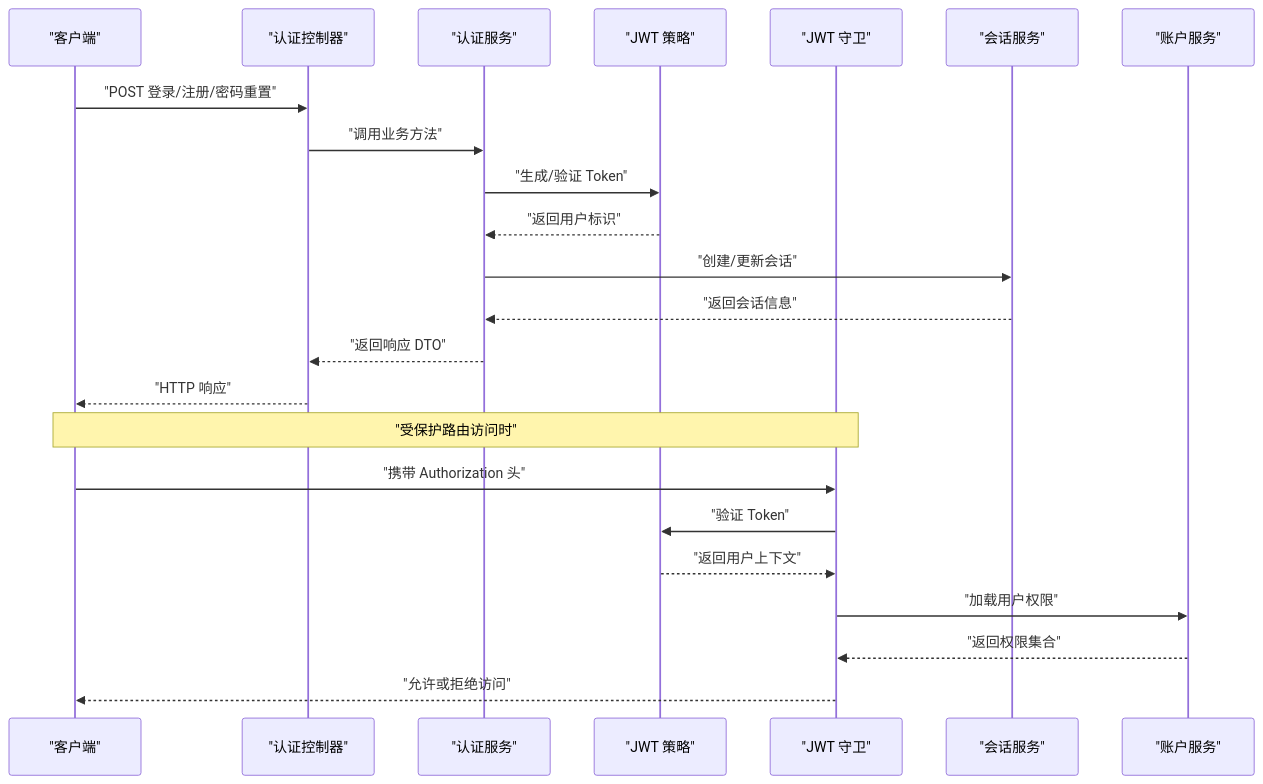
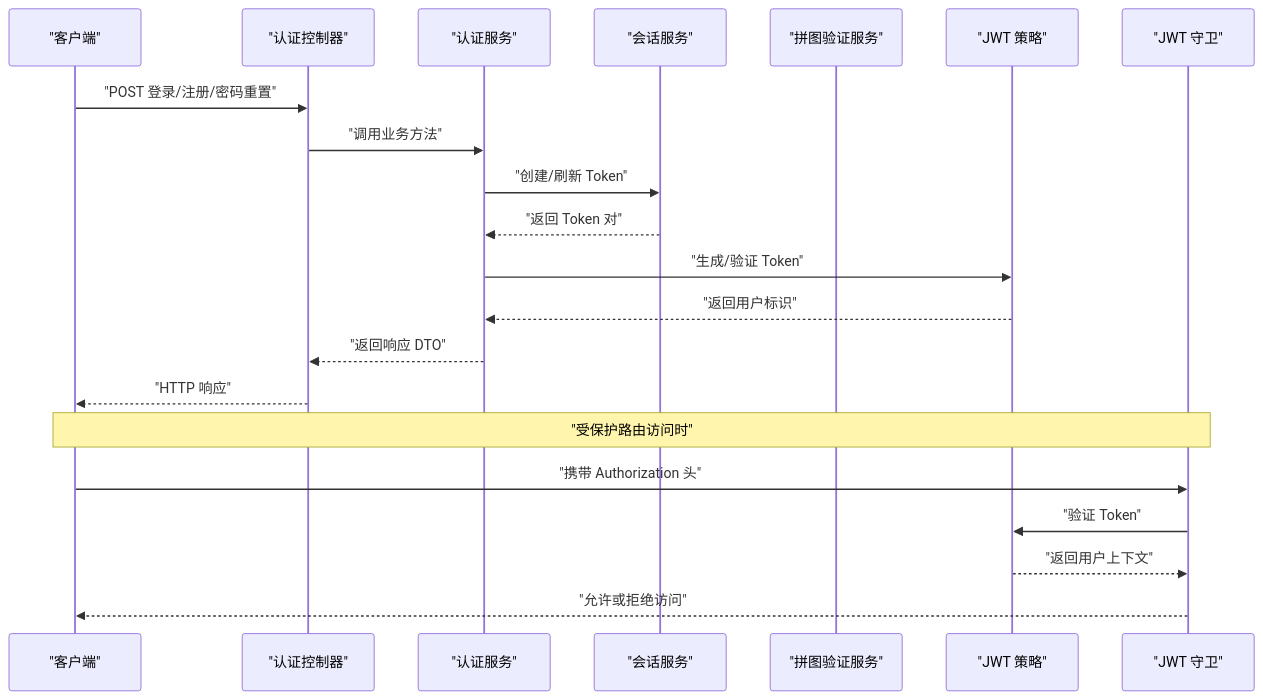
One commit to rc558620/purelyprofit-server changed the second of 12 diagrams in .qoder/repowiki/zh/content/认证授权系统/JWT 认证机制.md. Above: the diagram before and after it, drawn with Mermaid. The commit also changed other lines of this file and 55 other files, not shown here.

````diff
--- a/.qoder/repowiki/zh/content/认证授权系统/JWT 认证机制.md
+++ b/.qoder/repowiki/zh/content/认证授权系统/JWT 认证机制.md
@@ -119,25 +136,23 @@
 ```mermaid
 sequenceDiagram
 participant Client as "客户端"
 participant Ctrl as "认证控制器"
 participant AuthSvc as "认证服务"
+participant SessionSvc as "会话服务"
+participant CaptchaSvc as "拼图验证服务"
 participant PassStrat as "JWT 策略"
 participant Guard as "JWT 守卫"
-participant Session as "会话服务"
-participant Account as "账户服务"
 Client->>Ctrl : "POST 登录/注册/密码重置"
 Ctrl->>AuthSvc : "调用业务方法"
+AuthSvc->>SessionSvc : "创建/刷新 Token"
+SessionSvc-->>AuthSvc : "返回 Token 对"
 AuthSvc->>PassStrat : "生成/验证 Token"
 PassStrat-->>AuthSvc : "返回用户标识"
-AuthSvc->>Session : "创建/更新会话"
-Session-->>AuthSvc : "返回会话信息"
 AuthSvc-->>Ctrl : "返回响应 DTO"
 Ctrl-->>Client : "HTTP 响应"
 Note over Client,Guard : "受保护路由访问时"
 Client->>Guard : "携带 Authorization 头"
 Guard->>PassStrat : "验证 Token"
 PassStrat-->>Guard : "返回用户上下文"
-Guard->>Account : "加载用户权限"
-Account-->>Guard : "返回权限集合"
 Guard-->>Client : "允许或拒绝访问"
 ```
````
